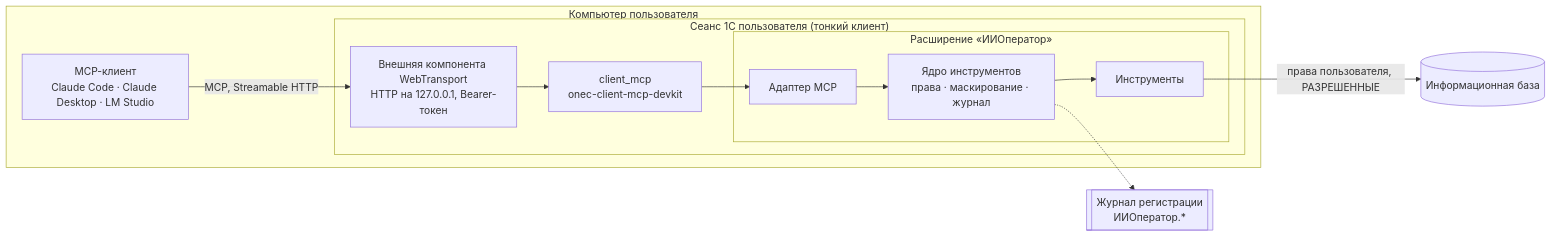
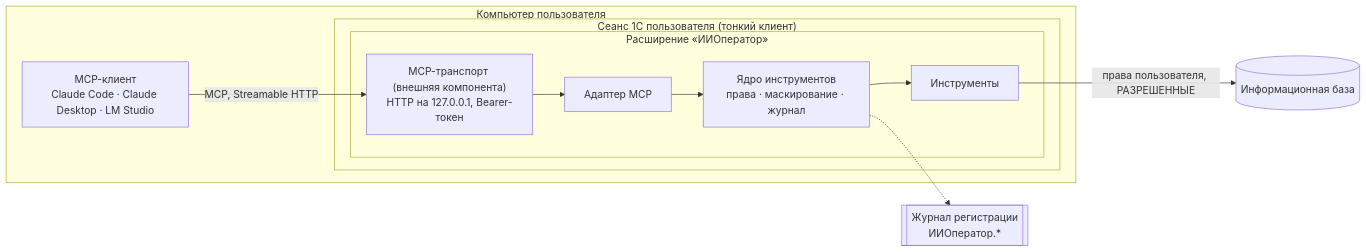
Before and after one commit to RunetX/ai-operator-core: the first of 2 diagrams in README.md, drawn with Mermaid. The commit also changed other lines of this file and 45 other files, not shown here.

First line of the commit message:
Ядро 0.1.14.0: свой MCP-транспорт, установка без Rust и client_mcp

````diff
--- a/README.md
+++ b/README.md
@@ -122,21 +122,20 @@
 ```mermaid
 flowchart LR
     subgraph PC["Компьютер пользователя"]
         C["MCP-клиент<br/>Claude Code · Claude Desktop · LM Studio"]
         subgraph S["Сеанс 1С пользователя (тонкий клиент)"]
-            A["Внешняя компонента WebTransport<br/>HTTP на 127.0.0.1, Bearer-токен"]
-            M["client_mcp<br/>onec-client-mcp-devkit"]
             subgraph O["Расширение «ИИОператор»"]
+                A["MCP-транспорт (внешняя компонента)<br/>HTTP на 127.0.0.1, Bearer-токен"]
                 AD["Адаптер MCP"]
                 CORE["Ядро инструментов<br/>права · маскирование · журнал"]
                 T["Инструменты"]
             end
         end
     end
     DB[("Информационная база")]
     LOG[["Журнал регистрации<br/>ИИОператор.*"]]
 
-    C -- "MCP, Streamable HTTP" --> A --> M --> AD --> CORE --> T
+    C -- "MCP, Streamable HTTP" --> A --> AD --> CORE --> T
     T -- "права пользователя, РАЗРЕШЕННЫЕ" --> DB
     CORE -.-> LOG
 ```
````
